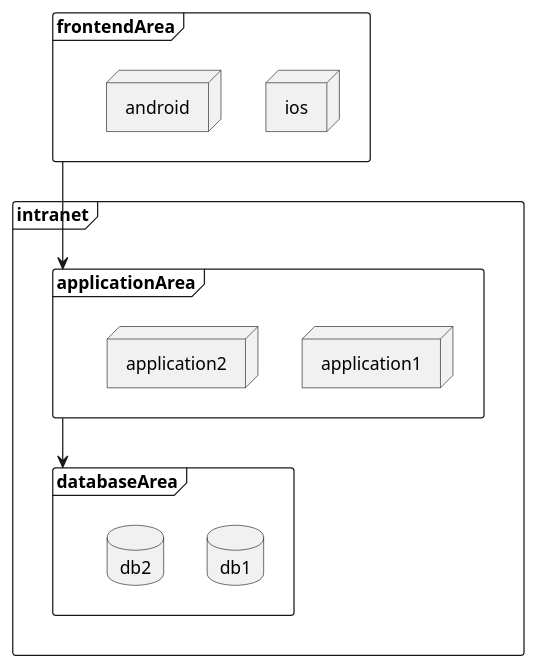
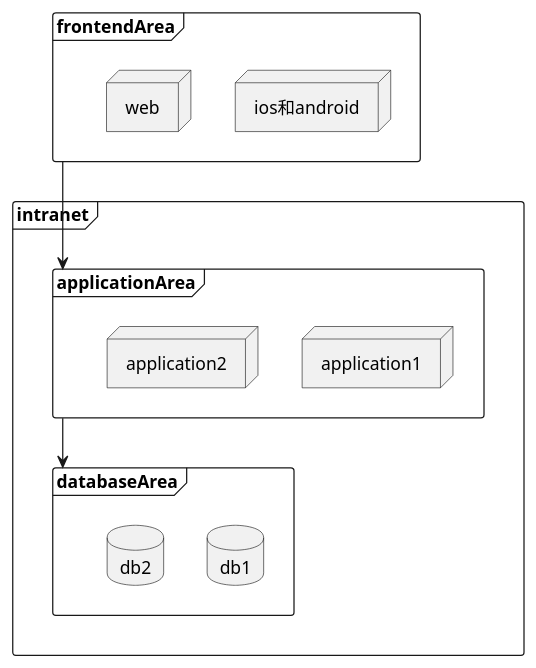
The diagram in assets/plantuml/deploy-directApplicationArea.md (Wang-Ray/Wang-Ray.github.io), drawn with PlantUML before and after one commit. The commit also changed 1 other file, not shown here.

````diff
--- a/assets/plantuml/deploy-directApplicationArea.md
+++ b/assets/plantuml/deploy-directApplicationArea.md
@@ -1,21 +1,21 @@
 ```plantuml
 @startuml
 frame frontendArea {
-    node ios
-    node android
+    node ios和android
+    node web
 }
 frame intranet {
     frame applicationArea {
         node application1
         node application2
     }
     frame databaseArea {
         database db1
         database db2
     }
 }
 
 frontendArea --> applicationArea
 applicationArea --> databaseArea
 @enduml
 ```
````
